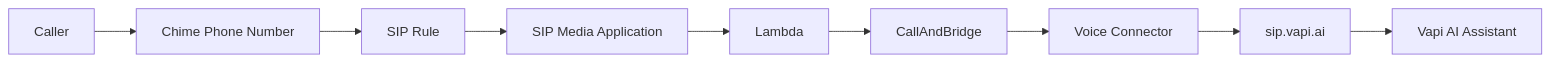
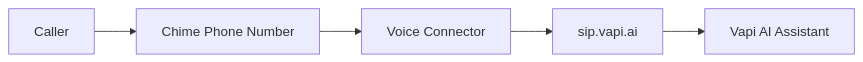
The diagram in fern/advanced/sip/sip-chime.mdx (VapiAI/docs), drawn with Mermaid before and after one commit. The commit also changed other lines of this file, not shown here.

````diff
--- a/fern/advanced/sip/sip-chime.mdx
+++ b/fern/advanced/sip/sip-chime.mdx
@@ -187,11 +193,7 @@
 ```mermaid
 graph LR
   A[Caller] --> B[Chime Phone Number]
-  B --> C[SIP Rule]
-  C --> D[SIP Media Application]
-  D --> E[Lambda]
-  E --> F[CallAndBridge]
-  F --> G[Voice Connector]
-  G --> H[sip.vapi.ai]
-  H --> I[Vapi AI Assistant]
+  B --> C[Voice Connector]
+  C --> D[sip.vapi.ai]
+  D --> E[Vapi AI Assistant]
 ```
````
